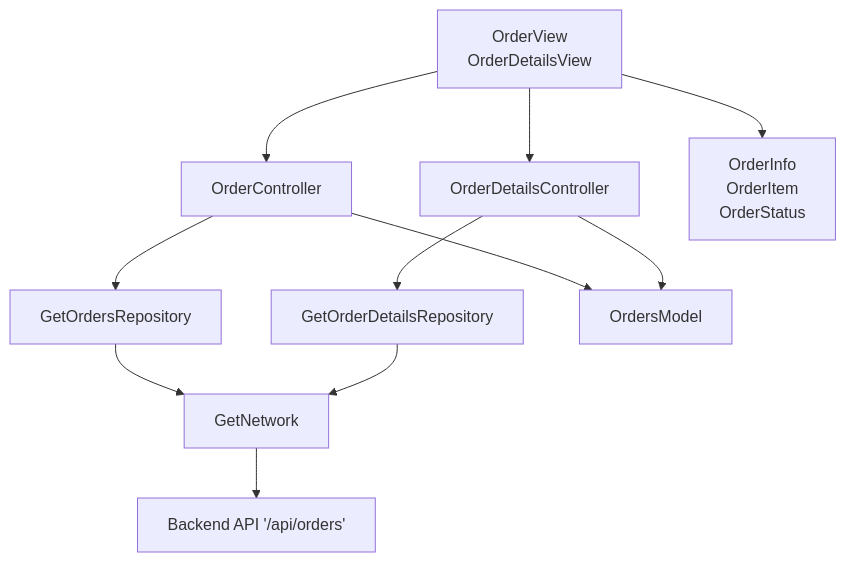
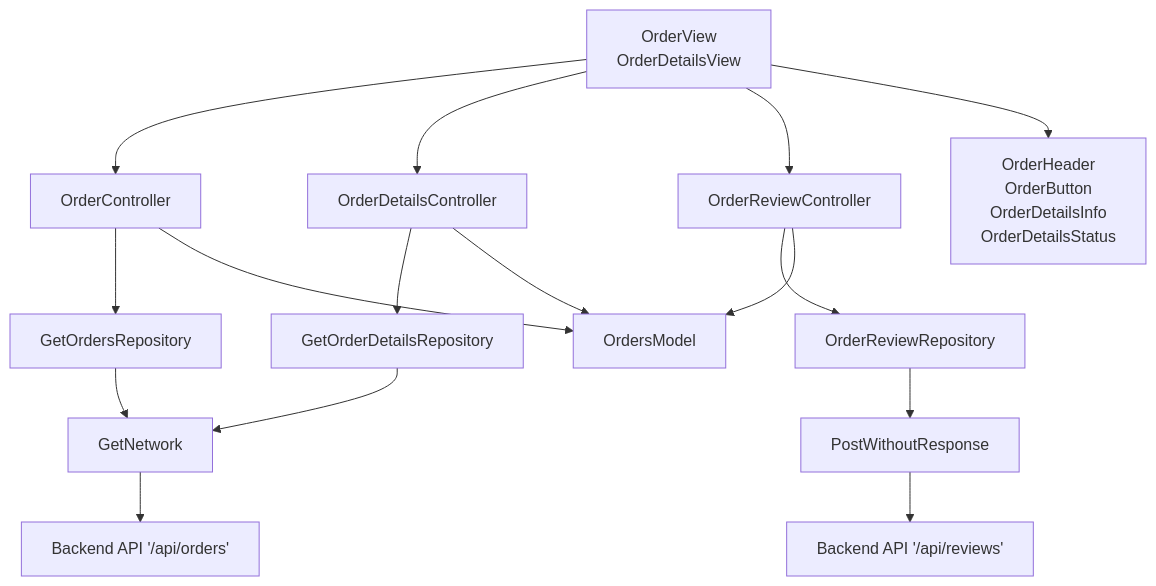
One commit to Ariful3111/FurniGo changed the second of 13 diagrams in .qoder/repowiki/en/content/Core Features/E-commerce Platform/Order Management System.md. Above: the diagram before and after it, drawn with Mermaid. The commit also changed other lines of this file and 12 other files, not shown here.

````diff
--- a/.qoder/repowiki/en/content/Core Features/E-commerce Platform/Order Management System.md
+++ b/.qoder/repowiki/en/content/Core Features/E-commerce Platform/Order Management System.md
@@ -157,13 +184,18 @@
 ```mermaid
 graph TB
 UI["OrderView<br/>OrderDetailsView"] --> CTRL1["OrderController"]
 UI --> CTRL2["OrderDetailsController"]
+UI --> CTRL3["OrderReviewController"]
 CTRL1 --> REPO1["GetOrdersRepository"]
 CTRL2 --> REPO2["GetOrderDetailsRepository"]
+CTRL3 --> REPO3["OrderReviewRepository"]
 REPO1 --> NET["GetNetwork"]
 REPO2 --> NET
+REPO3 --> POST["PostWithoutResponse"]
 NET --> API["Backend API '/api/orders'"]
+POST --> REVIEWS["Backend API '/api/reviews'"]
 CTRL1 --> MODEL["OrdersModel"]
 CTRL2 --> MODEL
-UI --> WIDGETS["OrderInfo<br/>OrderItem<br/>OrderStatus"]
+CTRL3 --> MODEL
+UI --> WIDGETS["OrderHeader<br/>OrderButton<br/>OrderDetailsInfo<br/>OrderDetailsStatus"]
 ```
````
